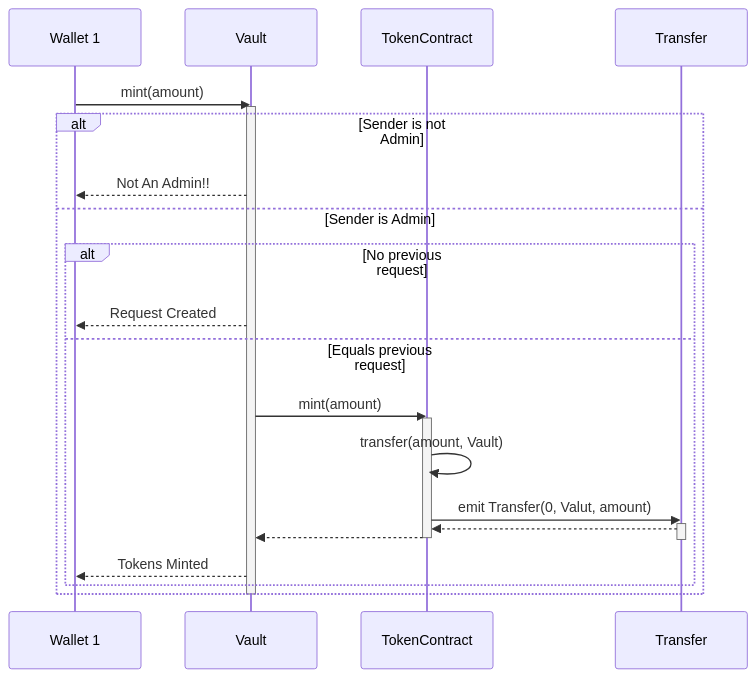
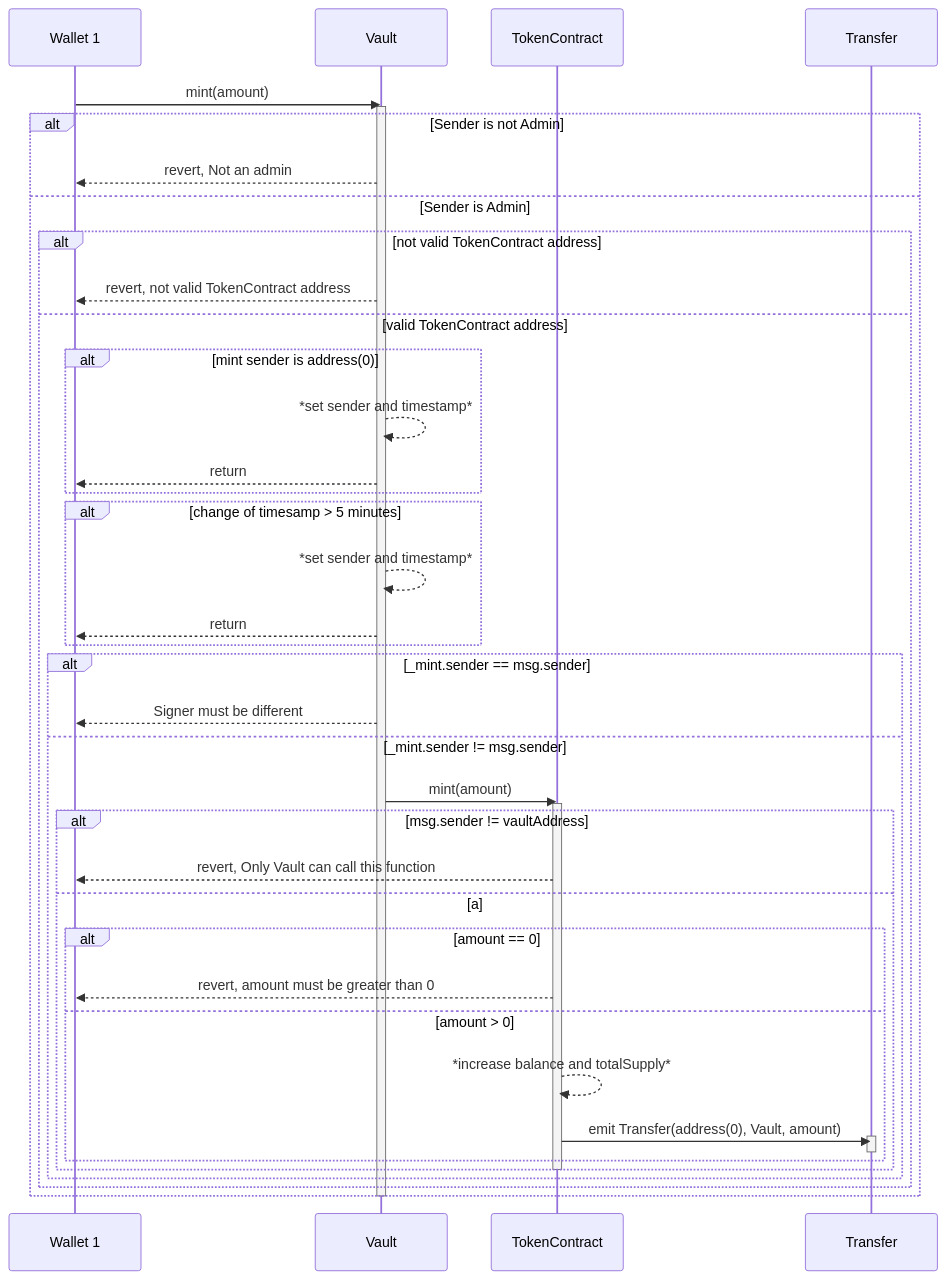
Before and after one commit to ramigonzalez/staking-platform: the first of 5 diagrams in Documents/SequenceDiagrams.md, drawn with Mermaid. The commit also changed other lines of this file, not shown here.

Commit message:
update mint diagram

````diff
--- a/Documents/SequenceDiagrams.md
+++ b/Documents/SequenceDiagrams.md
@@ -6,25 +7,44 @@
 ```mermaid
 sequenceDiagram
 
 Wallet 1->>Vault: mint(amount)
 activate Vault
 alt Sender is not Admin
-    Vault-->>Wallet 1: Not An Admin!!
+    Vault-->>Wallet 1: revert, Not an admin
 else Sender is Admin
-    alt No previous request
-        Vault-->>Wallet 1: Request Created
-    else Equals previous request
-        Vault->>TokenContract: mint(amount)
-        activate TokenContract
-        TokenContract->>TokenContract: transfer(amount, Vault)
-        TokenContract->>Transfer: emit Transfer(0, Valut, amount)
-        activate Transfer
-        Transfer-->>TokenContract: 
-        deactivate Transfer
-        TokenContract-->>Vault: 
-        deactivate TokenContract
-        Vault-->>Wallet 1: Tokens Minted
+    alt not valid TokenContract address
+        Vault-->>Wallet 1: revert, not valid TokenContract address
+    else valid TokenContract address
+        alt mint sender is address(0)
+            Vault-->>Vault: *set sender and timestamp*
+            Vault-->>Wallet 1: return
+        end
+
+        alt change of timesamp > 5 minutes
+            Vault-->>Vault: *set sender and timestamp*
+            Vault-->>Wallet 1: return
+        end
+
+        alt _mint.sender == msg.sender
+            Vault-->>Wallet 1: Signer must be different
+        else _mint.sender != msg.sender
+            Vault->>TokenContract: mint(amount)
+            activate TokenContract
+            alt msg.sender != vaultAddress
+                TokenContract-->>Wallet 1: revert, Only Vault can call this function
+            else a
+                alt amount == 0
+                    TokenContract-->>Wallet 1: revert, amount must be greater than 0
+                else amount > 0
+                    TokenContract-->>TokenContract: *increase balance and totalSupply*
+                    TokenContract->>Transfer: emit Transfer(address(0), Vault, amount)
+                    activate Transfer
+                    deactivate Transfer
+                end
+            end
+            deactivate TokenContract
+        end
     end
 end
 deactivate Vault
 ```
````
